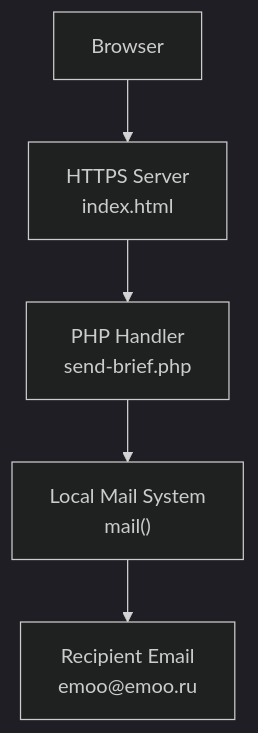
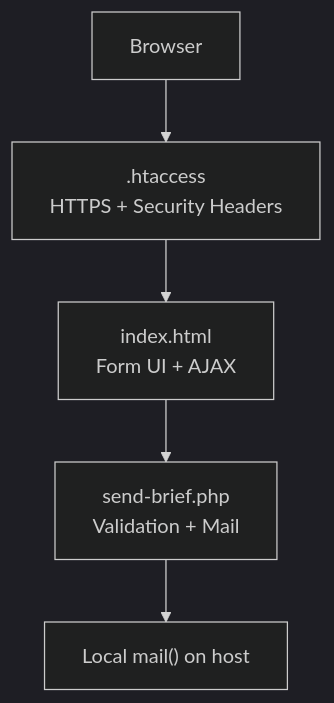
Before and after one commit to Vostrikov2014/emoo: the first of 4 diagrams in .qoder/repowiki/en/content/Quick Start Guide.md, drawn with Mermaid (dark theme). The commit also changed other lines of this file and 49 other files, not shown here.

````diff
--- a/.qoder/repowiki/en/content/Quick Start Guide.md
+++ b/.qoder/repowiki/en/content/Quick Start Guide.md
@@ -32,7 +31,7 @@
 ```mermaid
 graph TB
-A["Browser"] --> B["HTTPS Server<br/>index.html"]
-B --> C["PHP Handler<br/>send-brief.php"]
-C --> D["Local Mail System<br/>mail()"]
-D --> E["Recipient Email<br/>emoo@emoo.ru"]
+A["Browser"] --> B[".htaccess<br/>HTTPS + Security Headers"]
+B --> C["index.html<br/>Form UI + AJAX"]
+C --> D["send-brief.php<br/>Validation + Mail"]
+D --> E["Local mail() on host"]
 ```
````
